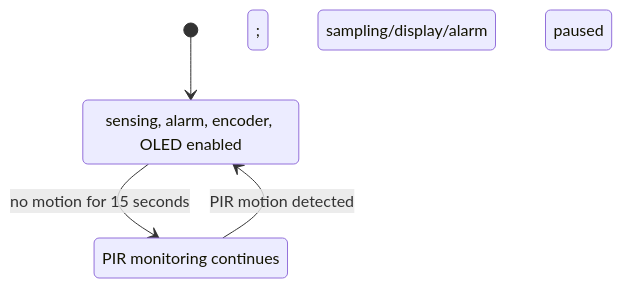
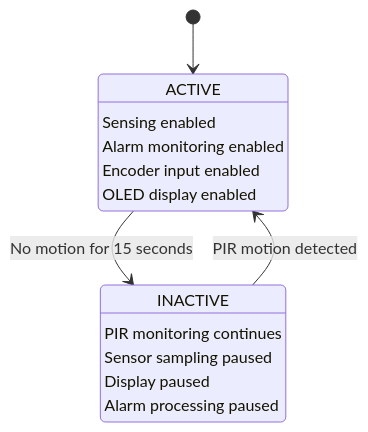
One commit to johnwieljayme/bca182-freertos-multisensor changed the diagram in docs/diagrams/state-machine.mmd. Above: the diagram before and after it, drawn with Mermaid. The commit also changed 7 other files, not shown here.

Commit message:
Add project documentation diagrams and screenshots

```diff
--- a/docs/diagrams/state-machine.mmd
+++ b/docs/diagrams/state-machine.mmd
@@ -1,6 +1,20 @@
 stateDiagram-v2
+
     [*] --> ACTIVE
-    ACTIVE --> INACTIVE: no motion for 15 seconds
+
+    state "ACTIVE" as ACTIVE
+    state "INACTIVE" as INACTIVE
+
+    ACTIVE --> INACTIVE: No motion for 15 seconds
+
     INACTIVE --> ACTIVE: PIR motion detected
-    ACTIVE: sensing, alarm, encoder, OLED enabled
-    INACTIVE: PIR monitoring continues; sampling/display/alarm paused
+
+    ACTIVE: Sensing enabled
+    ACTIVE: Alarm monitoring enabled
+    ACTIVE: Encoder input enabled
+    ACTIVE: OLED display enabled
+
+    INACTIVE: PIR monitoring continues
+    INACTIVE: Sensor sampling paused
+    INACTIVE: Display paused
+    INACTIVE: Alarm processing paused
```
